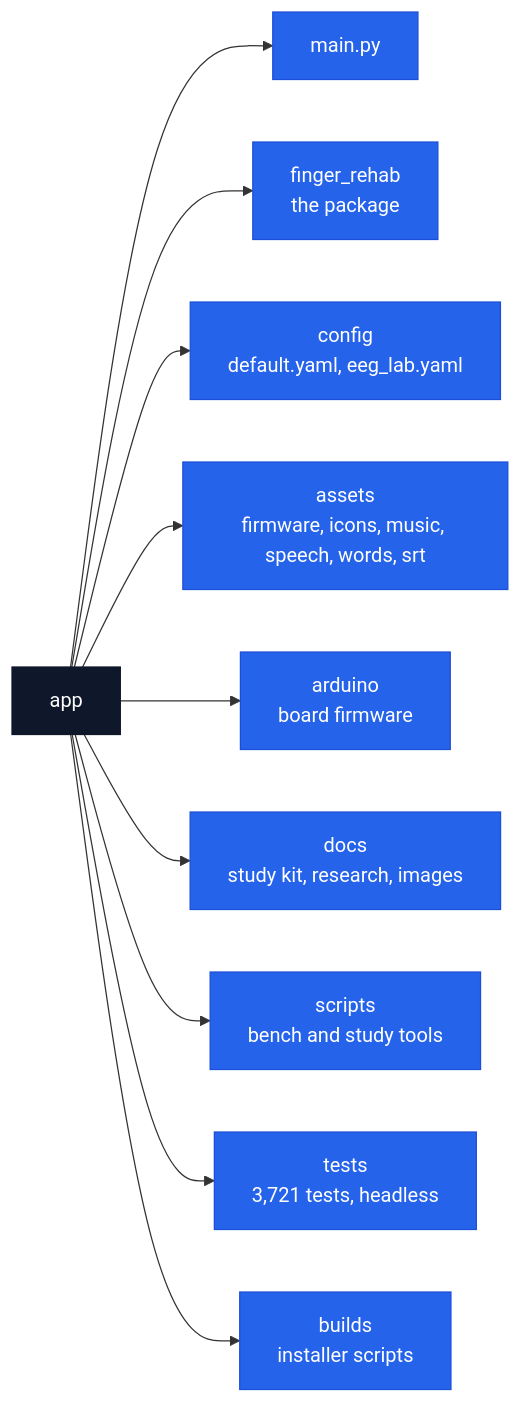
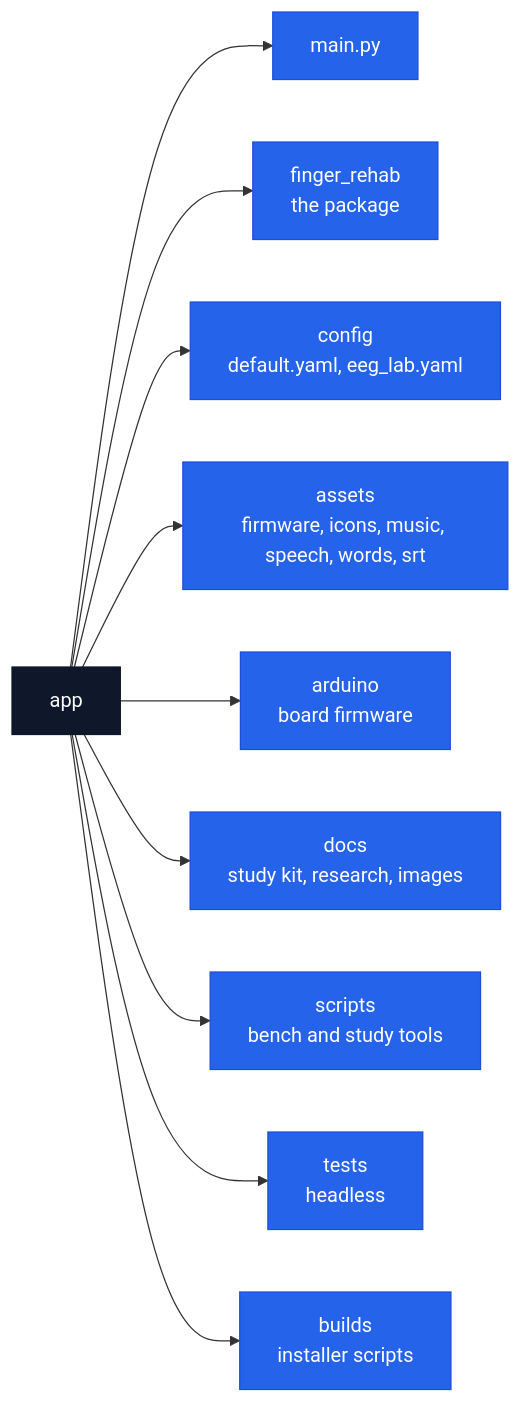
Before and after one commit to basil2fxs/Hand-Rehab-Thesis: the diagram in app/README.md, drawn with Mermaid. The commit also changed 61 other files, not shown here.

````diff
--- a/app/README.md
+++ b/app/README.md
@@ -5,15 +5,15 @@
 ```mermaid
 flowchart LR
   A["app"]:::root
   A --> M["main.py"]:::top
   A --> F["finger_rehab<br>the package"]:::top
   A --> C["config<br>default.yaml, eeg_lab.yaml"]:::top
   A --> S["assets<br>firmware, icons, music, speech, words, srt"]:::top
   A --> R["arduino<br>board firmware"]:::top
   A --> D["docs<br>study kit, research, images"]:::top
   A --> P["scripts<br>bench and study tools"]:::top
-  A --> T["tests<br>3,721 tests, headless"]:::top
+  A --> T["tests<br>headless"]:::top
   A --> B["builds<br>installer scripts"]:::top
   classDef root fill:#0f172a,color:#fff,stroke:#0f172a
   classDef top fill:#2563eb,color:#fff,stroke:#1d4ed8
 ```
````
